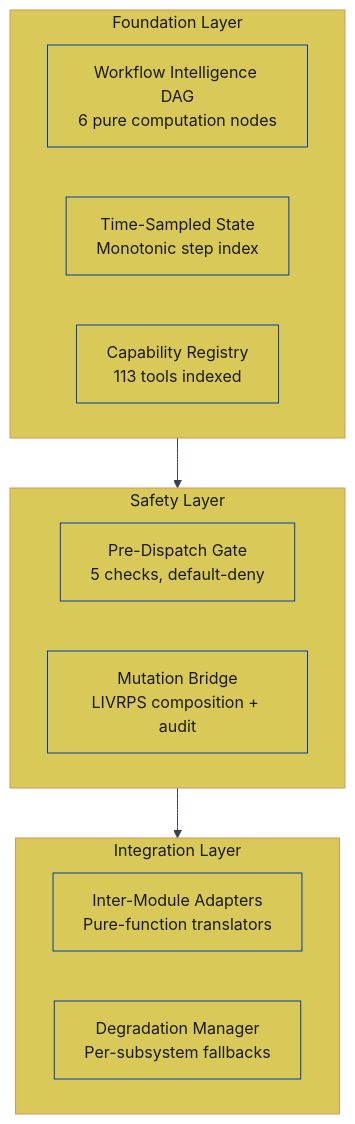
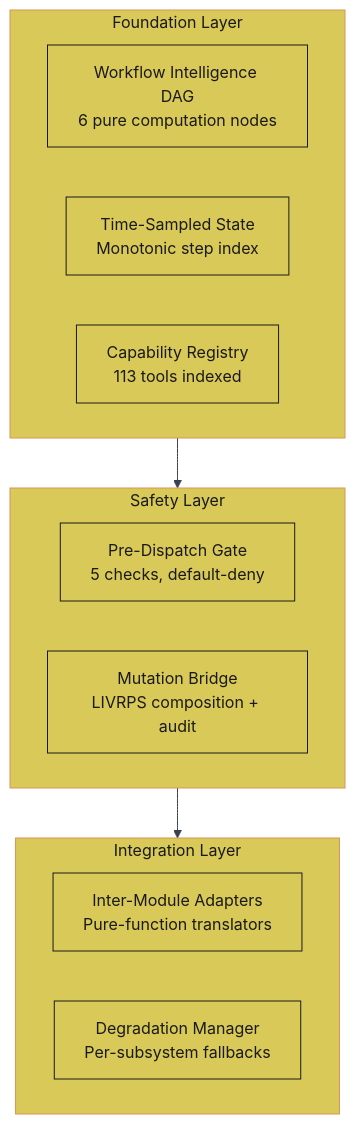
Before and after one commit to JosephOIbrahim/Comfy-Cozy: diagram 17 of 27 in README.md, drawn with Mermaid. The commit also changed other lines of this file, not shown here.

First line of the commit message:
[DOCS] Convert mermaid styling to classDef for reliable GitHub rendering

````diff
--- a/README.md
+++ b/README.md
@@ -866,32 +806,29 @@
 ```mermaid
 %%{init: {'theme':'base','themeVariables': {'primaryColor':'#0066FF','primaryTextColor':'#ffffff','primaryBorderColor':'#003eaa','lineColor':'#374151','secondaryColor':'#374151','tertiaryColor':'#1f2937','fontFamily':'monospace'}}}%%
 graph TB
     subgraph Foundation ["Foundation Layer"]
         DAG["Workflow Intelligence DAG<br/>6 pure computation nodes"]
         OBS["Time-Sampled State<br/>Monotonic step index"]
         CAP["Capability Registry<br/>113 tools indexed"]
     end
 
     subgraph Safety ["Safety Layer"]
         GATE["Pre-Dispatch Gate<br/>5 checks, default-deny"]
         BRIDGE["Mutation Bridge<br/>LIVRPS composition + audit"]
     end
 
     subgraph Integration ["Integration Layer"]
         ADAPT["Inter-Module Adapters<br/>Pure-function translators"]
         DEGRADE["Degradation Manager<br/>Per-subsystem fallbacks"]
     end
 
     Foundation --> Safety --> Integration
 
     style Foundation fill:#d9c958,color:#1a1a1a,stroke:#d99458
     style Safety fill:#d9c958,color:#1a1a1a,stroke:#d99458
     style Integration fill:#d9c958,color:#1a1a1a,stroke:#d99458
-    style DAG fill:#d9c958,color:#1a1a1a
-    style OBS fill:#d9c958,color:#1a1a1a
-    style CAP fill:#d9c958,color:#1a1a1a
-    style GATE fill:#d9c958,color:#1a1a1a
-    style BRIDGE fill:#d9c958,color:#1a1a1a
-    style ADAPT fill:#d9c958,color:#1a1a1a
-    style DEGRADE fill:#d9c958,color:#1a1a1a
+
+    classDef orange fill:#d99458,color:#1a1a1a,stroke:#1a1a1a
+    classDef yellow fill:#d9c958,color:#1a1a1a,stroke:#1a1a1a
+    class DAG,OBS,CAP,GATE,BRIDGE,ADAPT,DEGRADE yellow
 ```
````
